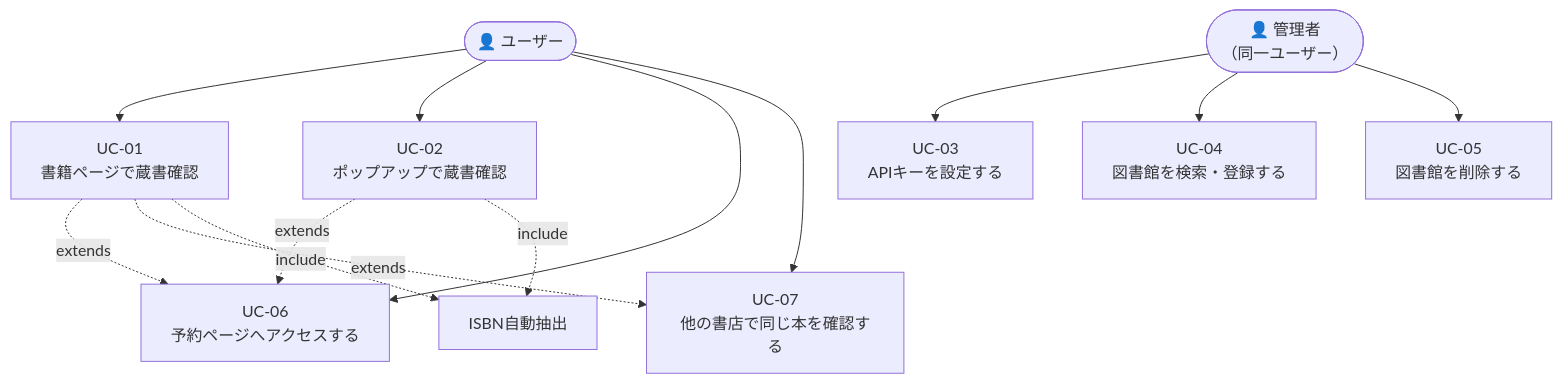
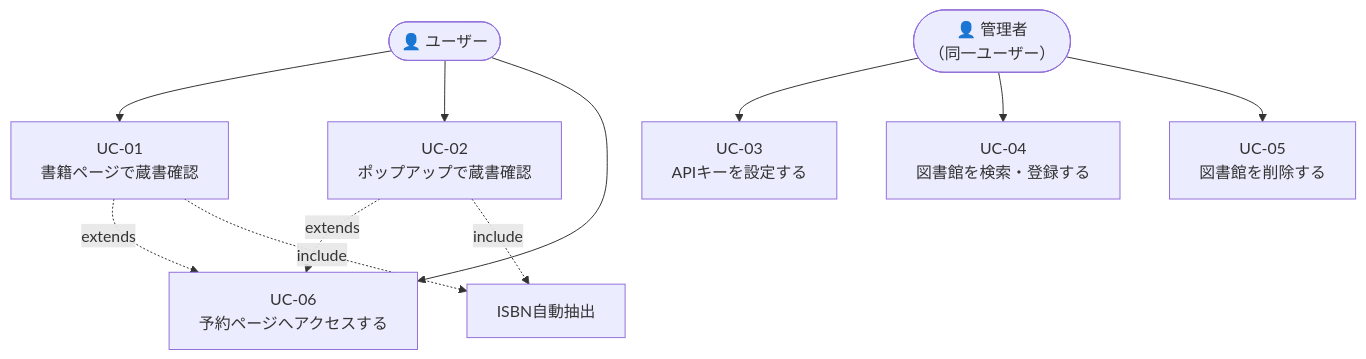
The eighth of 10 diagrams in docs/functional-design.md (kanameg/web-library-checker), drawn with Mermaid before and after one commit. The commit also changed other lines of this file and 11 other files, not shown here.

````diff
--- a/docs/functional-design.md
+++ b/docs/functional-design.md
@@ -515,27 +514,24 @@
 ```mermaid
 graph TD
     User(["👤 ユーザー"])
     Admin(["👤 管理者\n（同一ユーザー）"])
 
     UC1["UC-01\n書籍ページで蔵書確認"]
     UC2["UC-02\nポップアップで蔵書確認"]
     UC3["UC-03\nAPIキーを設定する"]
     UC4["UC-04\n図書館を検索・登録する"]
     UC5["UC-05\n図書館を削除する"]
     UC6["UC-06\n予約ページへアクセスする"]
-    UC7["UC-07\n他の書店で同じ本を確認する"]
 
     User --> UC1
     User --> UC2
     User --> UC6
-    User --> UC7
     Admin --> UC3
     Admin --> UC4
     Admin --> UC5
 
     UC1 -.->|extends| UC6
-    UC1 -.->|extends| UC7
     UC2 -.->|extends| UC6
     UC1 -.->|include| UC_ISBN["ISBN自動抽出"]
     UC2 -.->|include| UC_ISBN
 ```
````
